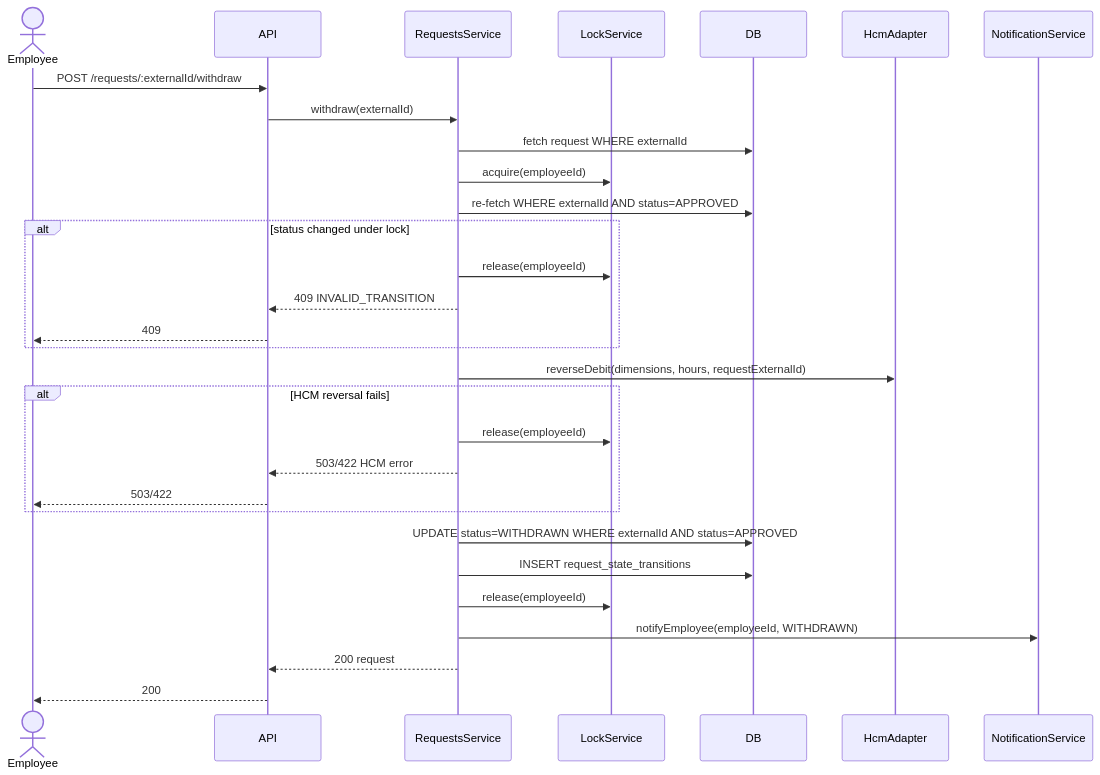
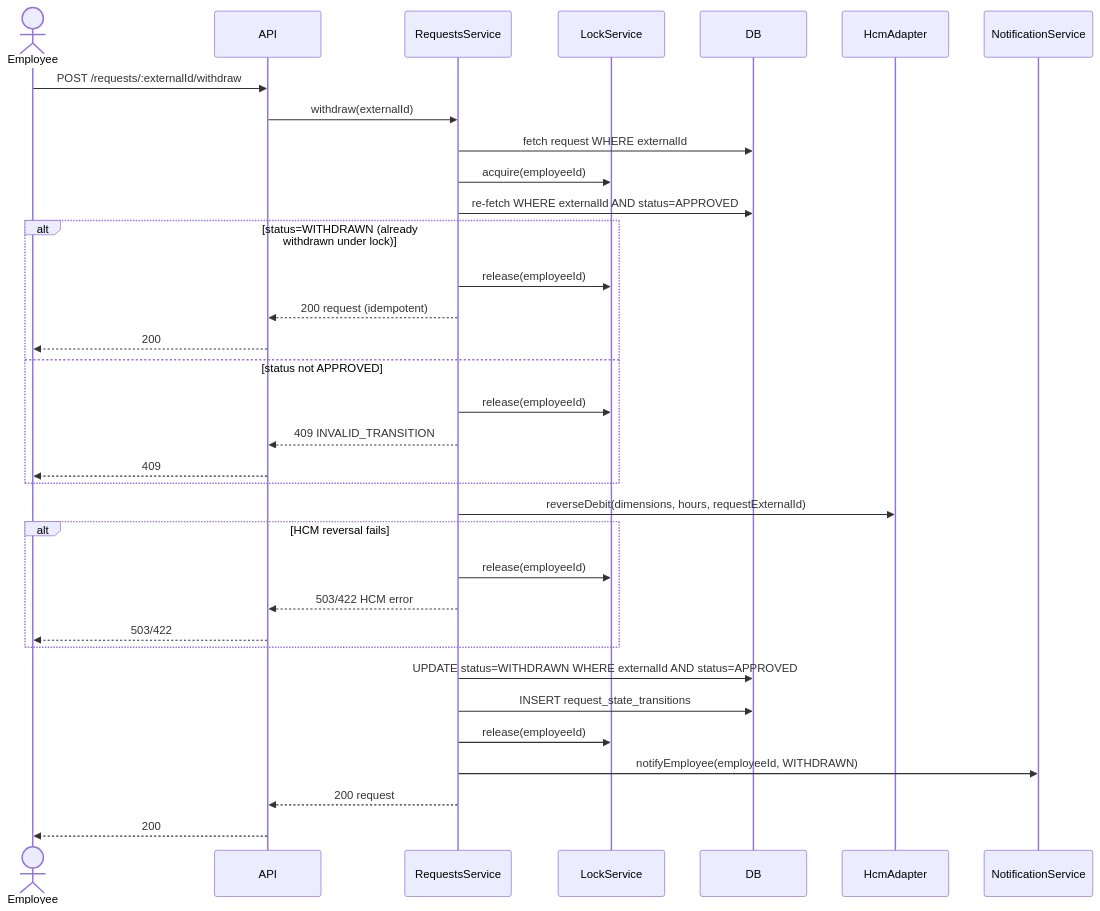
Before and after one commit to jayanth-veeravalli/time-off-service: the eighth of 10 diagrams in docs/TRD.md, drawn with Mermaid. The commit also changed other lines of this file, not shown here.

````diff
--- a/docs/TRD.md
+++ b/docs/TRD.md
@@ -864,32 +871,36 @@
 ```mermaid
 sequenceDiagram
     actor Employee
     participant API
     participant RequestsService
     participant LockService
     participant DB
     participant HcmAdapter
 
     Employee->>API: POST /requests/:externalId/withdraw
     API->>RequestsService: withdraw(externalId)
     RequestsService->>DB: fetch request WHERE externalId
     RequestsService->>LockService: acquire(employeeId)
     RequestsService->>DB: re-fetch WHERE externalId AND status=APPROVED
-    alt status changed under lock
+    alt status=WITHDRAWN (already withdrawn under lock)
+        RequestsService->>LockService: release(employeeId)
+        RequestsService-->>API: 200 request (idempotent)
+        API-->>Employee: 200
+    else status not APPROVED
         RequestsService->>LockService: release(employeeId)
         RequestsService-->>API: 409 INVALID_TRANSITION
         API-->>Employee: 409
     end
     RequestsService->>HcmAdapter: reverseDebit(dimensions, hours, requestExternalId)
     alt HCM reversal fails
         RequestsService->>LockService: release(employeeId)
         RequestsService-->>API: 503/422 HCM error
         API-->>Employee: 503/422
     end
     RequestsService->>DB: UPDATE status=WITHDRAWN WHERE externalId AND status=APPROVED
     RequestsService->>DB: INSERT request_state_transitions
     RequestsService->>LockService: release(employeeId)
     RequestsService->>NotificationService: notifyEmployee(employeeId, WITHDRAWN)
     RequestsService-->>API: 200 request
     API-->>Employee: 200
 ```
````
